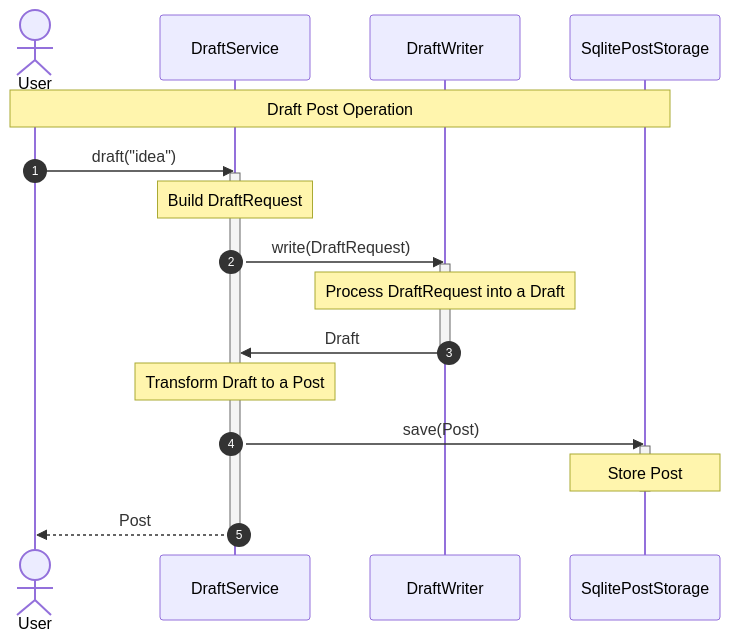
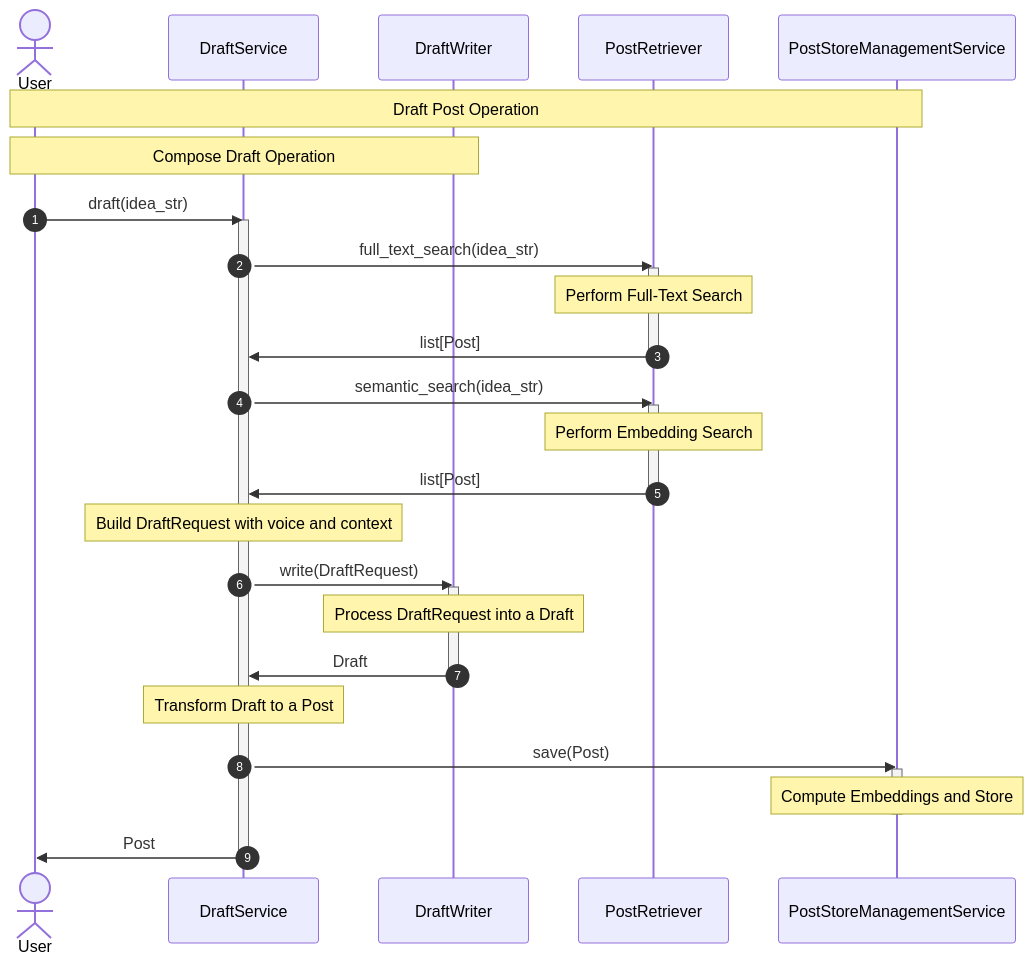
The diagram in src/linkedin_idea_to_post/use_case/drafting/README.md (ADarko22/linkedin-idea-to-post), drawn with Mermaid before and after one commit. The commit also changed other lines of this file and 15 other files, not shown here.

Commit message:
Rename and adopt PostPostManagementService in DraftService and CsvImport. Add documentation.

````diff
--- a/src/linkedin_idea_to_post/use_case/drafting/README.md
+++ b/src/linkedin_idea_to_post/use_case/drafting/README.md
@@ -11,25 +11,36 @@
 ```mermaid
 sequenceDiagram
     autonumber
     actor User
     participant Drafter as DraftService
     participant Writer as DraftWriter
-    participant DB as SqlitePostStorage
-    Note over User, DB: Draft Post Operation
-    User ->> Drafter: draft("idea")
+    participant Retriever as PostRetriever
+    participant Store as PostStoreManagementService
+    Note over User, Store: Draft Post Operation
+    Note over User, Writer: Compose Draft Operation
+    User ->> Drafter: draft(idea_str)
     activate Drafter
-    Note over Drafter: Build DraftRequest
+    Drafter ->> Retriever: full_text_search(idea_str)
+    activate Retriever
+    Note over Retriever: Perform Full-Text Search
+    Retriever ->> Drafter: list[Post]
+    deactivate Retriever
+    Drafter ->> Retriever: semantic_search(idea_str)
+    activate Retriever
+    Note over Retriever: Perform Embedding Search
+    Retriever ->> Drafter: list[Post]
+    deactivate Retriever
+    Note over Drafter: Build DraftRequest with voice and context
     Drafter ->> Writer: write(DraftRequest)
     activate Writer
     Note over Writer: Process DraftRequest into a Draft
     Writer ->> Drafter: Draft
     deactivate Writer
     Note over Drafter: Transform Draft to a Post
-    Drafter ->> DB: save(Post)
-    activate DB
-    Note over DB: Store Post
-    deactivate DB
-    Drafter -->> User: Post
+    Drafter ->> Store: save(Post)
+    activate Store
+    Note over Store: Compute Embeddings and Store
+    deactivate Store
+    Drafter ->> User: Post
     deactivate Drafter
-
 ```
````
